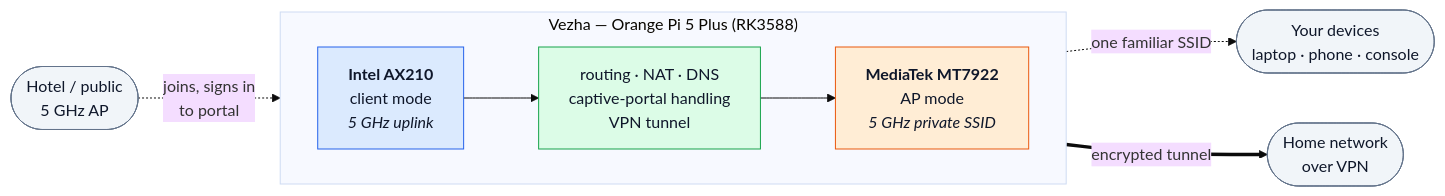
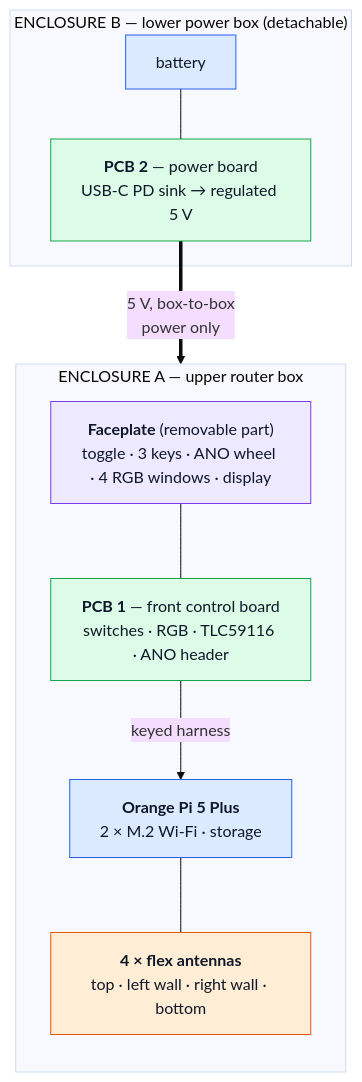
The diagram in README.md (ParkWardRR/vezha), drawn with Mermaid (base theme) before and after one commit. The commit also changed other lines of this file and 1 other file, not shown here.

````diff
--- a/README.md
+++ b/README.md
@@ -85,22 +82,24 @@
 ```mermaid
-flowchart LR
-    HOTEL([Hotel / public<br/>5 GHz AP]):::ext
-    subgraph VEZHA["Vezha — Orange Pi 5 Plus (RK3588)"]
-        direction LR
-        AX210["<b>Intel AX210</b><br/>client mode<br/><i>5 GHz uplink</i>"]:::up
-        ROUTE["routing · NAT · DNS<br/>captive-portal handling<br/>VPN tunnel"]:::core
-        MT["<b>MediaTek MT7922</b><br/>AP mode<br/><i>5 GHz private SSID</i>"]:::ap
-        AX210 --> ROUTE --> MT
+flowchart TB
+    subgraph A["ENCLOSURE A — upper router box"]
+        direction TB
+        FACE["<b>Faceplate</b> (removable part)<br/>toggle · 3 keys · ANO wheel · 4 RGB windows · display"]:::face
+        PCB1["<b>PCB 1</b> — front control board<br/>switches · RGB · TLC59116 · ANO header"]:::pcb
+        PI["<b>Orange Pi 5 Plus</b><br/>2 × M.2 Wi-Fi · storage"]:::core
+        ANT["<b>4 × flex antennas</b><br/>top · left wall · right wall · bottom"]:::ant
+        FACE --- PCB1
+        PCB1 -->|keyed harness| PI
+        PI --- ANT
     end
-    HOME([Home network<br/>over VPN]):::ext
-    DEV([Your devices<br/>laptop · phone · console]):::ext
+    subgraph B["ENCLOSURE B — lower power box (detachable)"]
+        PCB2["<b>PCB 2</b> — power board<br/>USB-C PD sink → regulated 5 V"]:::pcb
+        BATT["battery"]:::core
+        BATT --- PCB2
+    end
+    PCB2 ==>|"5 V, box-to-box<br/>power only"| PI
 
-    HOTEL -.->|"joins, signs in<br/>to portal"| AX210
-    MT -.->|"one familiar SSID"| DEV
-    ROUTE ==>|encrypted tunnel| HOME
-
-    classDef ext fill:#f1f5f9,stroke:#64748b,color:#0f172a
-    classDef up fill:#dbeafe,stroke:#2563eb,color:#0f172a
-    classDef ap fill:#ffedd5,stroke:#ea580c,color:#0f172a
-    classDef core fill:#dcfce7,stroke:#16a34a,color:#0f172a
+    classDef face fill:#ede9fe,stroke:#7c3aed,color:#0f172a
+    classDef pcb fill:#dcfce7,stroke:#16a34a,color:#0f172a
+    classDef core fill:#dbeafe,stroke:#2563eb,color:#0f172a
+    classDef ant fill:#ffedd5,stroke:#ea580c,color:#0f172a
 ```
````
